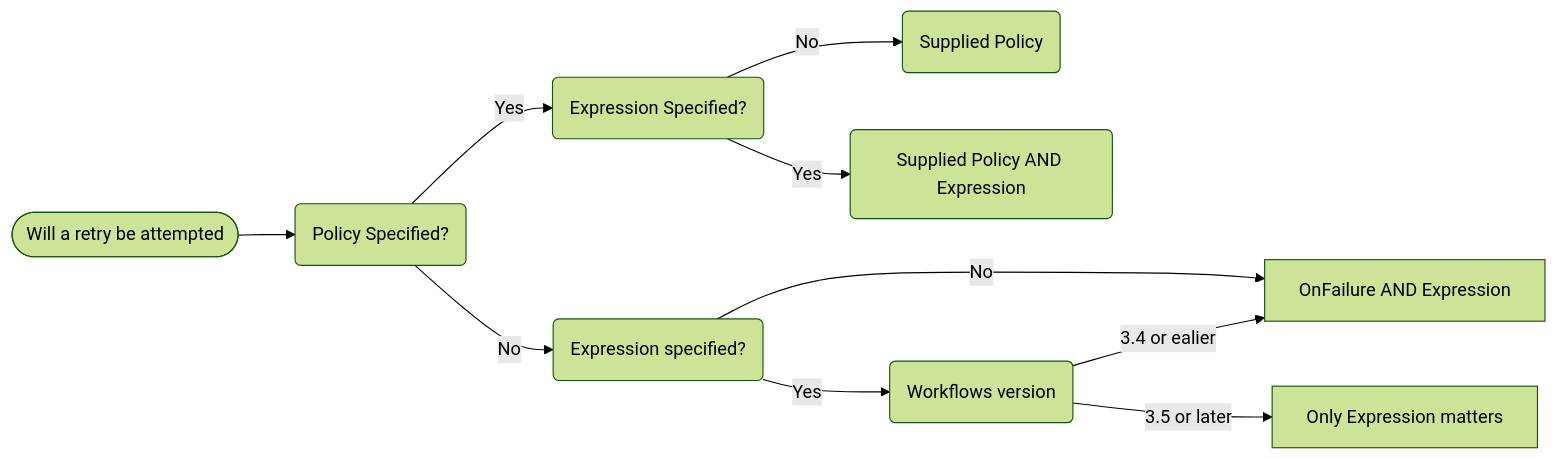
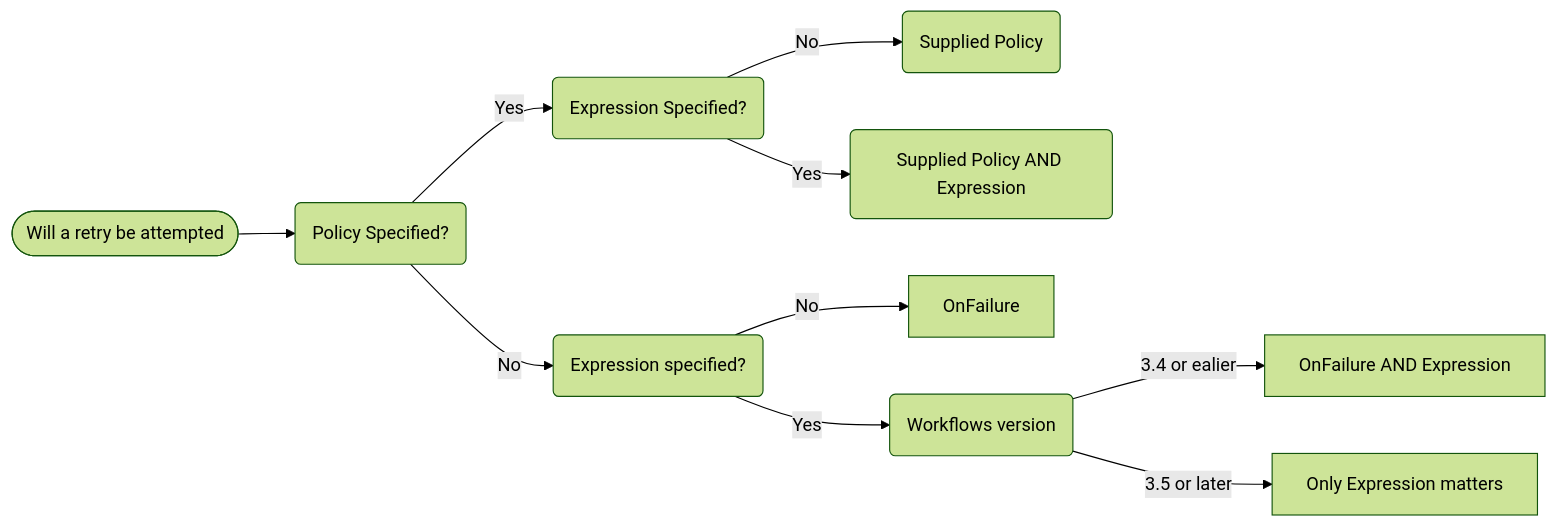
One commit to argoproj/argo-workflows changed the diagram in docs/retries.md. Above: the diagram before and after it, drawn with Mermaid (forest theme).

Commit message:
docs: Make no policy+no expr clearer

````diff
--- a/docs/retries.md
+++ b/docs/retries.md
@@ -40,22 +40,22 @@
 ```mermaid
 flowchart LR
   start([Will a retry be attempted])
   start --> policy
   policy(Policy Specified?)
   policy-->|No|expressionNoPolicy
   policy-->|Yes|policyGiven
   policyGiven(Expression Specified?)
   policyGiven-->|No|policyGivenApplies
   policyGiven-->|Yes|policyAndExpression
   policyGivenApplies(Supplied Policy)
   policyAndExpression(Supplied Policy AND Expression)
   expressionNoPolicy(Expression specified?)
-  expressionNoPolicy-->|No|onfailure
+  expressionNoPolicy-->|No|onfailureNoExpr
   expressionNoPolicy-->|Yes|version
+  onfailureNoExpr[OnFailure]
   onfailure[OnFailure AND Expression]
   version(Workflows version)
   version-->|3.4 or ealier|onfailure
   always[Only Expression matters]
   version-->|3.5 or later|always
-
 ```
````
